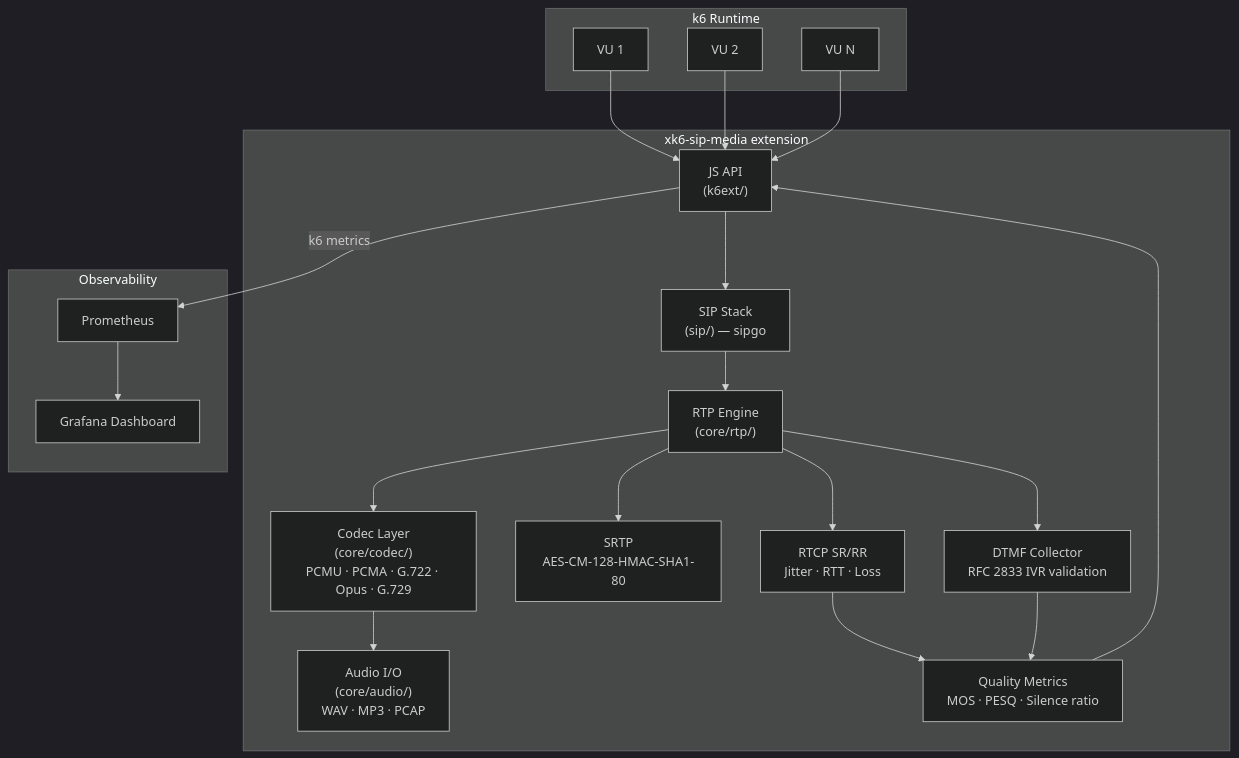
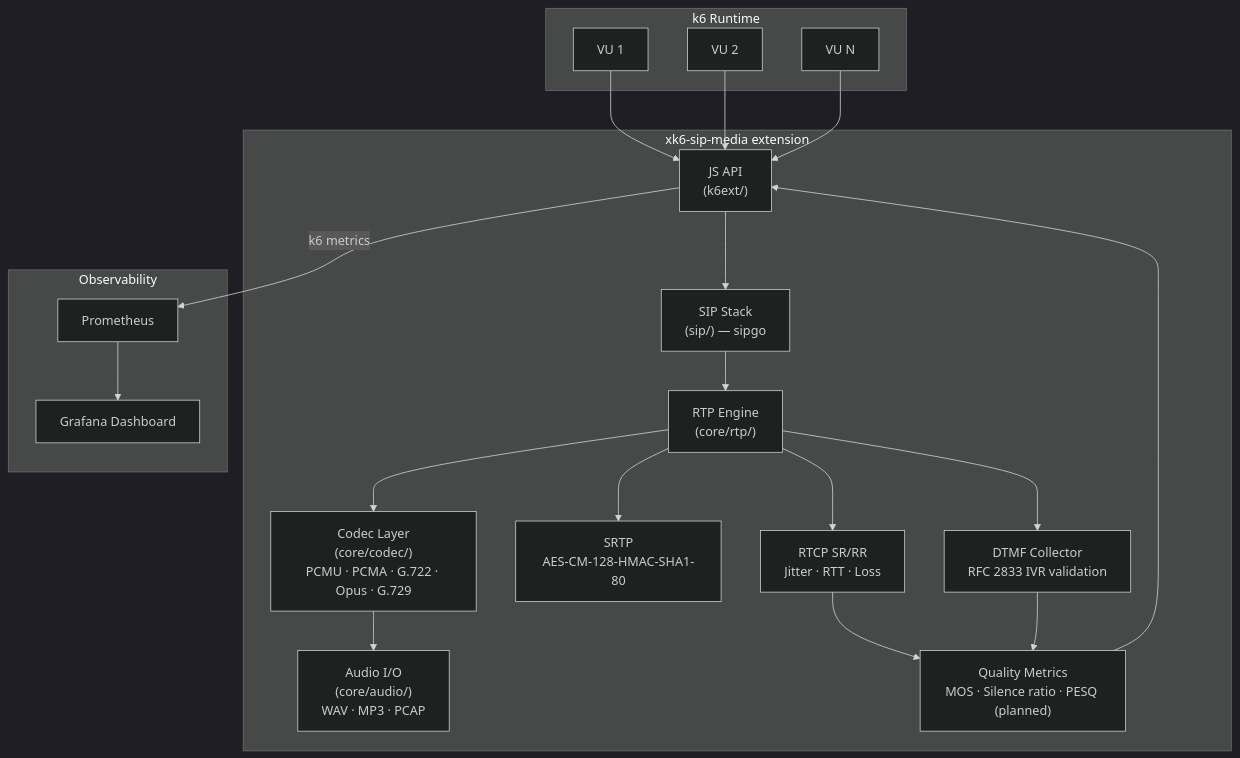
One commit to srthorat/xk6-sip-media changed the diagram in README.md. Above: the diagram before and after it, drawn with Mermaid (dark theme).

Commit message:
Potential fix for pull request finding

````diff
--- a/README.md
+++ b/README.md
@@ -38,35 +38,35 @@
 ```mermaid
 flowchart TD
     subgraph k6["k6 Runtime"]
         VU1["VU 1"] & VU2["VU 2"] & VUN["VU N"]
     end
 
     subgraph ext["xk6-sip-media extension"]
         JS["JS API\n(k6ext/)"]
         SIP["SIP Stack\n(sip/) — sipgo"]
         RTP["RTP Engine\n(core/rtp/)"]
         CODEC["Codec Layer\n(core/codec/)\nPCMU · PCMA · G.722 · Opus · G.729"]
         AUDIO["Audio I/O\n(core/audio/)\nWAV · MP3 · PCAP"]
         SRTP["SRTP\nAES-CM-128-HMAC-SHA1-80"]
         RTCP["RTCP SR/RR\nJitter · RTT · Loss"]
         DTMF["DTMF Collector\nRFC 2833 IVR validation"]
-        MOS["Quality Metrics\nMOS · PESQ · Silence ratio"]
+        MOS["Quality Metrics\nMOS · Silence ratio · PESQ (planned)"]
     end
 
     subgraph obs["Observability"]
         PROM["Prometheus"]
         GRAF["Grafana Dashboard"]
     end
 
     VU1 & VU2 & VUN --> JS
     JS --> SIP
     SIP --> RTP
     RTP --> CODEC
     RTP --> SRTP
     RTP --> RTCP
     RTP --> DTMF
     CODEC --> AUDIO
     RTCP & DTMF --> MOS
     MOS --> JS
     JS -->|k6 metrics| PROM --> GRAF
 ```
````
